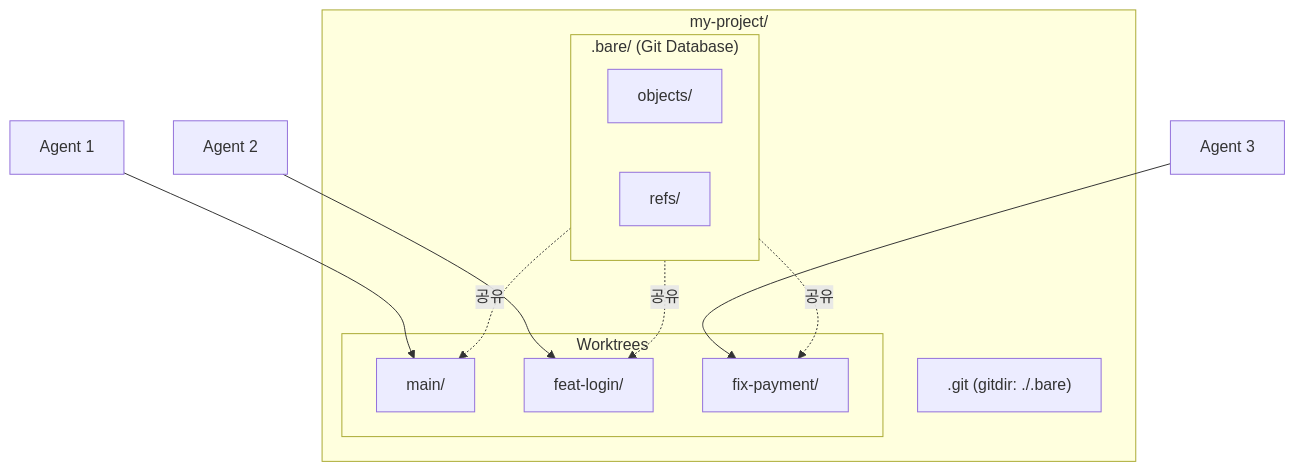
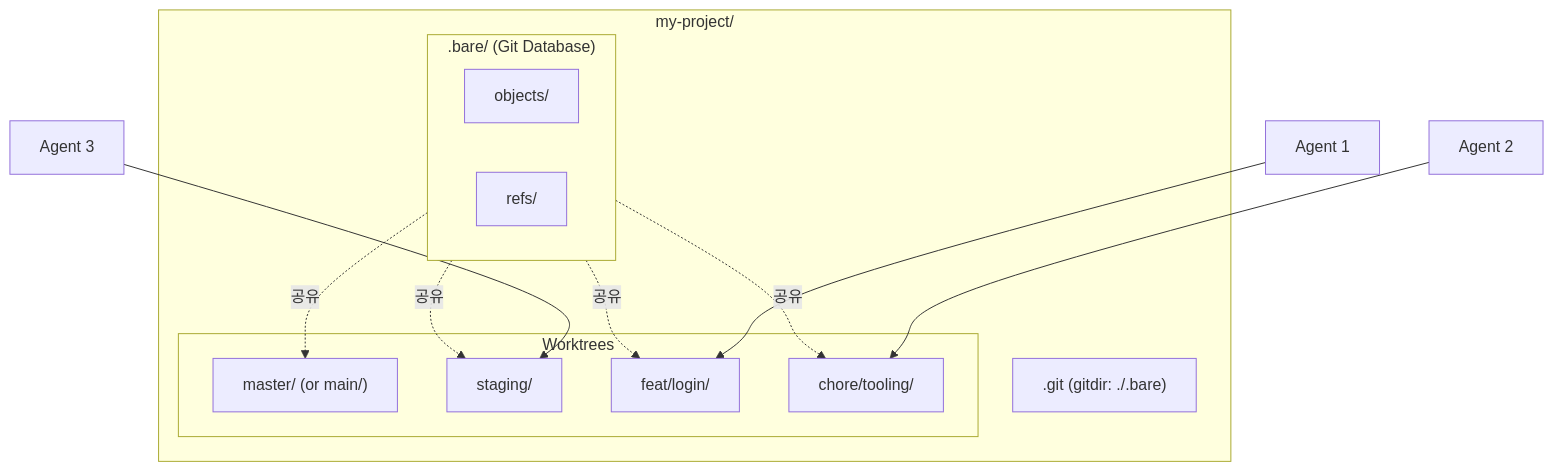
Before and after one commit to KKamJi98/kkamji98.github.io: the diagram in _posts/2026/01/2026-01-21-git-worktree.md, drawn with Mermaid. The commit also changed other lines of this file, not shown here.

Commit message:
docs(blog): update git worktree post with non-flat paths and multi-agent best practices

````diff
--- a/_posts/2026/01/2026-01-21-git-worktree.md
+++ b/_posts/2026/01/2026-01-21-git-worktree.md
@@ -95,29 +121,31 @@
 ```mermaid
 flowchart TB
     subgraph PROJECT["my-project/"]
         subgraph BARE[".bare/ (Git Database)"]
             OBJECTS["objects/"]
             REFS["refs/"]
         end
 
         GITFILE[".git (gitdir: ./.bare)"]
 
         subgraph WORKTREES["Worktrees"]
-            MAIN["main/"]
-            FEAT["feat-login/"]
-            FIX["fix-payment/"]
+            BASE["master/ (or main/)"]
+            STAGING["staging/"]
+            FEAT["feat/login/"]
+            CHORE["chore/tooling/"]
         end
     end
 
-    BARE -.->|공유| MAIN
+    BARE -.->|공유| BASE
+    BARE -.->|공유| STAGING
     BARE -.->|공유| FEAT
-    BARE -.->|공유| FIX
+    BARE -.->|공유| CHORE
 
     AGENT1["Agent 1"]
     AGENT2["Agent 2"]
     AGENT3["Agent 3"]
 
-    AGENT1 --> MAIN
-    AGENT2 --> FEAT
-    AGENT3 --> FIX
+    AGENT1 --> FEAT
+    AGENT2 --> CHORE
+    AGENT3 --> STAGING
 ```
````
